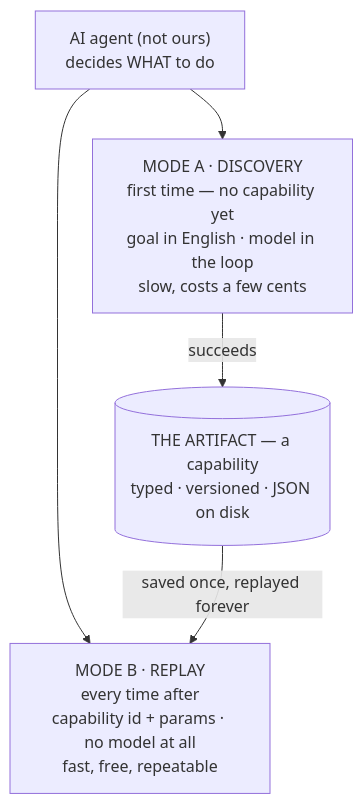
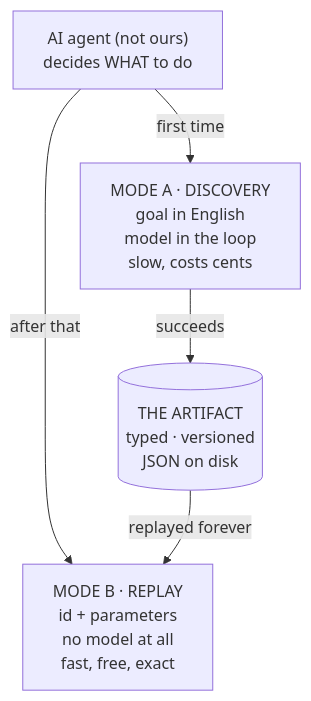
One commit to Advaith789/aihands changed the first of 4 diagrams in README.md. Above: the diagram before and after it, drawn with Mermaid. The commit also changed other lines of this file, not shown here.

Commit message:
fixed mermaid charts again

````diff
--- a/README.md
+++ b/README.md
@@ -132,10 +132,10 @@
 ```mermaid
 flowchart TB
   AG["AI agent (not ours)<br/>decides WHAT to do"]
-  AG --> A
-  AG --> B
-  A["MODE A · DISCOVERY<br/>first time — no capability yet<br/>goal in English · model in the loop<br/>slow, costs a few cents"]
-  B["MODE B · REPLAY<br/>every time after<br/>capability id + params · no model at all<br/>fast, free, repeatable"]
-  A -->|succeeds| ART[("THE ARTIFACT — a capability<br/>typed · versioned · JSON on disk")]
-  ART -->|saved once, replayed forever| B
+  AG -->|first time| A
+  AG -->|after that| B
+  A["MODE A · DISCOVERY<br/>goal in English<br/>model in the loop<br/>slow, costs cents"]
+  B["MODE B · REPLAY<br/>id + parameters<br/>no model at all<br/>fast, free, exact"]
+  A -->|succeeds| ART[("THE ARTIFACT<br/>typed · versioned<br/>JSON on disk")]
+  ART -->|replayed forever| B
 ```
````
